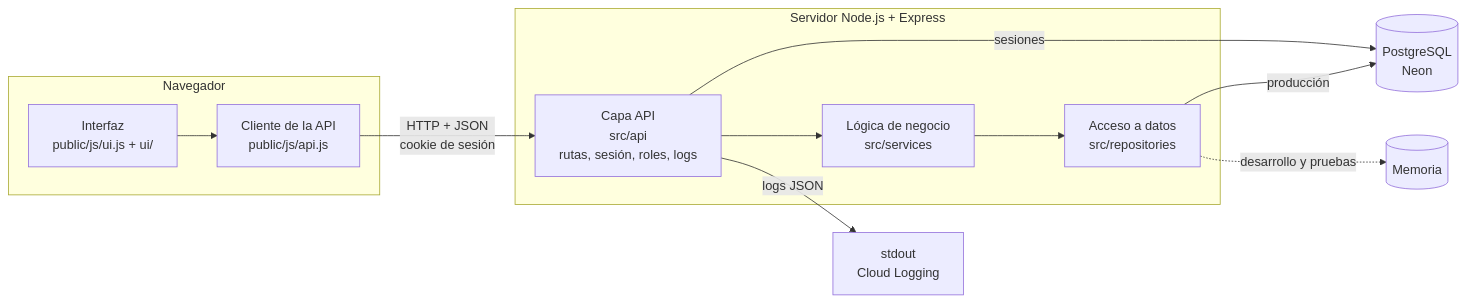
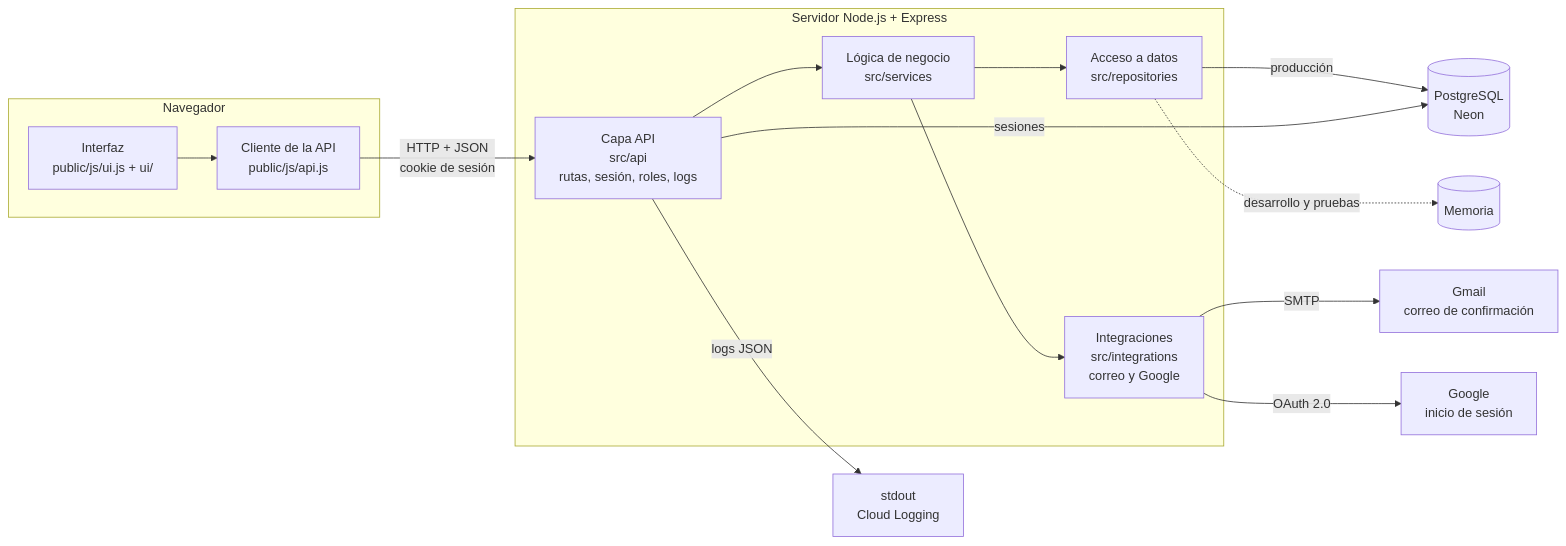
The first of 2 diagrams in README.md (VelaElDios/la-grada-colchonera-saas), drawn with Mermaid before and after one commit. The commit also changed other lines of this file and 20 other files, not shown here.

````diff
--- a/README.md
+++ b/README.md
@@ -74,15 +121,18 @@
 ```mermaid
 flowchart LR
     subgraph Navegador
         UI["Interfaz<br/>public/js/ui.js + ui/"] --> CLI["Cliente de la API<br/>public/js/api.js"]
     end
     CLI -- "HTTP + JSON<br/>cookie de sesión" --> API
     subgraph "Servidor Node.js + Express"
         API["Capa API<br/>src/api<br/>rutas, sesión, roles, logs"] --> SRV["Lógica de negocio<br/>src/services"]
         SRV --> REPO["Acceso a datos<br/>src/repositories"]
+        SRV --> INT["Integraciones<br/>src/integrations<br/>correo y Google"]
     end
+    INT -- "SMTP" --> SMTP["Gmail<br/>correo de confirmación"]
+    INT -- "OAuth 2.0" --> GOO["Google<br/>inicio de sesión"]
     REPO -- "producción" --> PG[("PostgreSQL<br/>Neon")]
     REPO -. "desarrollo y pruebas" .-> MEM[("Memoria")]
     API -- "sesiones" --> PG
     API -- "logs JSON" --> LOGS["stdout<br/>Cloud Logging"]
 ```
````
